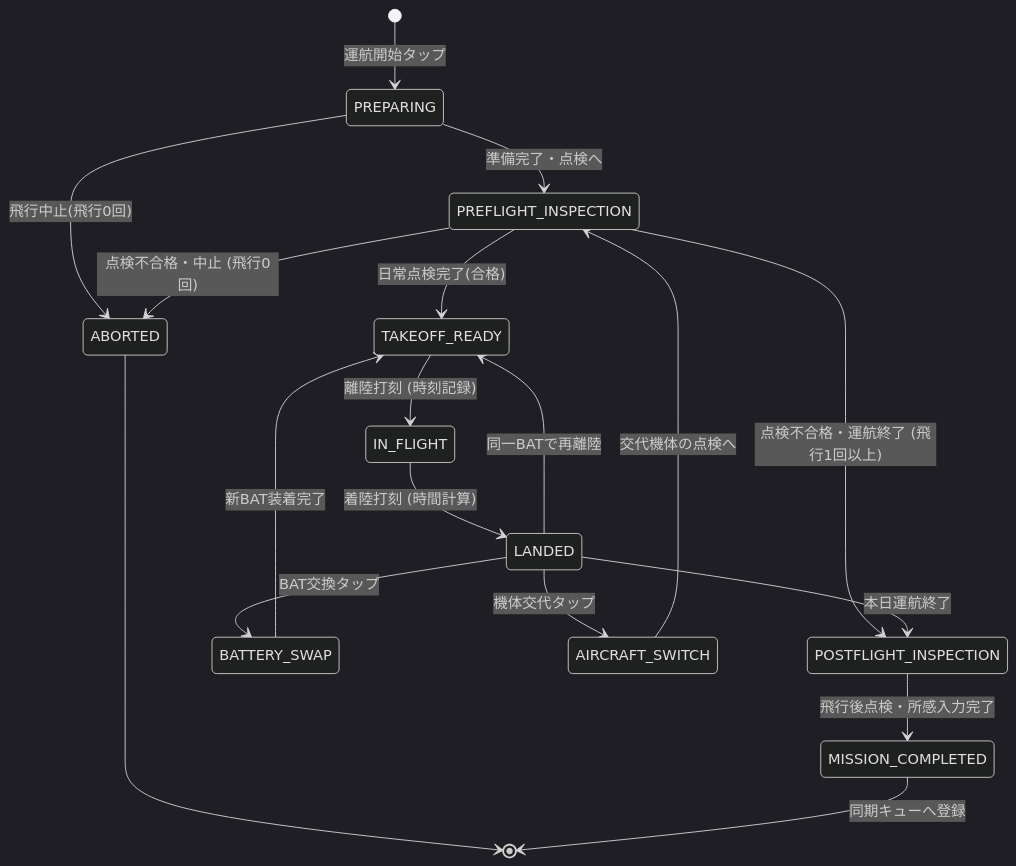
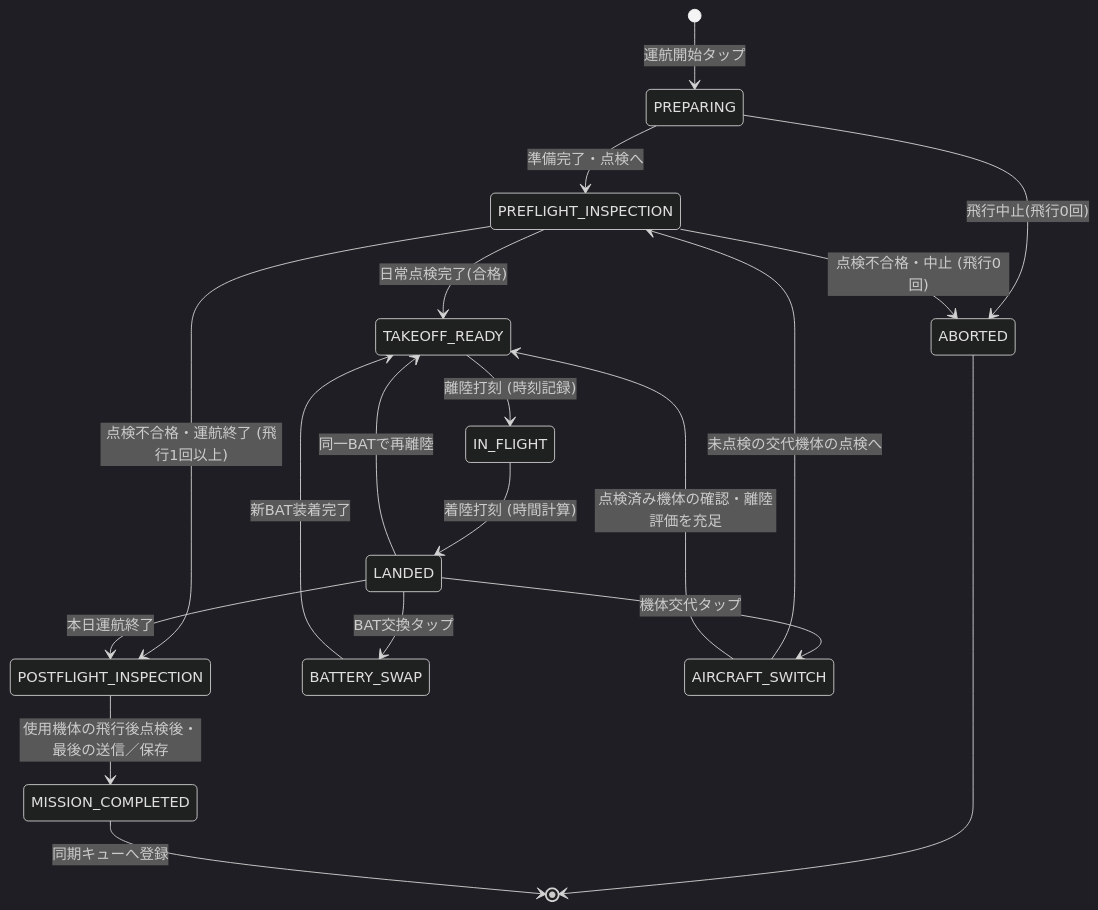
One commit to ikifuse/drone-flight-ops changed the diagram in docs/architecture/state-machines/13a_operation.md. Above: the diagram before and after it, drawn with Mermaid (dark theme). The commit also changed other lines of this file and 48 other files, not shown here.

````diff
--- a/docs/architecture/state-machines/13a_operation.md
+++ b/docs/architecture/state-machines/13a_operation.md
@@ -16,28 +16,29 @@
 ```mermaid
 stateDiagram-v2
     [*] --> PREPARING : 運航開始タップ
 
     PREPARING --> PREFLIGHT_INSPECTION : 準備完了・点検へ
     PREPARING --> ABORTED : 飛行中止(飛行0回)
 
     PREFLIGHT_INSPECTION --> TAKEOFF_READY : 日常点検完了(合格)
     PREFLIGHT_INSPECTION --> ABORTED : 点検不合格・中止 (飛行0回)
     PREFLIGHT_INSPECTION --> POSTFLIGHT_INSPECTION : 点検不合格・運航終了 (飛行1回以上)
 
     TAKEOFF_READY --> IN_FLIGHT : 離陸打刻 (時刻記録)
 
     IN_FLIGHT --> LANDED : 着陸打刻 (時間計算)
 
     LANDED --> BATTERY_SWAP : BAT交換タップ
     LANDED --> AIRCRAFT_SWITCH : 機体交代タップ
     LANDED --> TAKEOFF_READY : 同一BATで再離陸
     LANDED --> POSTFLIGHT_INSPECTION : 本日運航終了
 
     BATTERY_SWAP --> TAKEOFF_READY : 新BAT装着完了
-    AIRCRAFT_SWITCH --> PREFLIGHT_INSPECTION : 交代機体の点検へ
+    AIRCRAFT_SWITCH --> PREFLIGHT_INSPECTION : 未点検の交代機体の点検へ
+    AIRCRAFT_SWITCH --> TAKEOFF_READY : 点検済み機体の確認・離陸評価を充足
 
-    POSTFLIGHT_INSPECTION --> MISSION_COMPLETED : 飛行後点検・所感入力完了
+    POSTFLIGHT_INSPECTION --> MISSION_COMPLETED : 使用機体の飛行後点検後・最後の送信／保存
 
     ABORTED --> [*]
     MISSION_COMPLETED --> [*] : 同期キューへ登録
 ```
````
